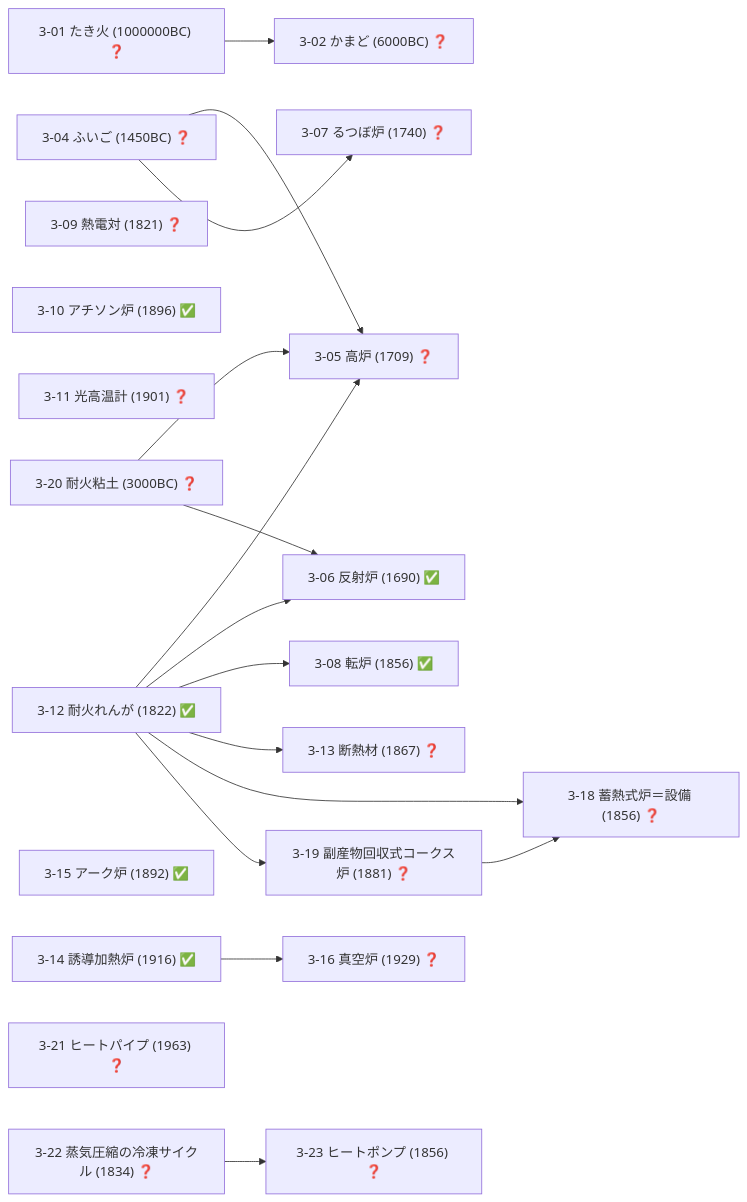
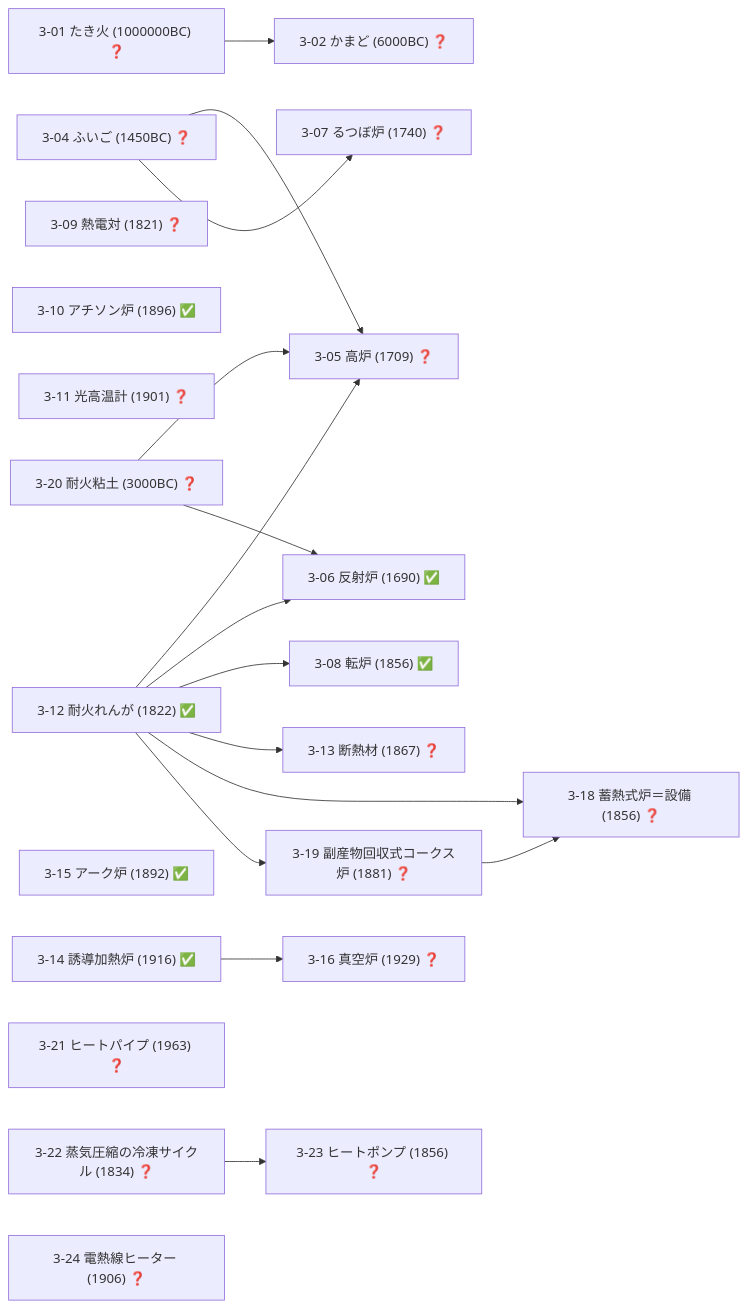
Before and after one commit to taku3i0317-collab/semiconductor-lab: the sixth of 19 diagrams in docs/TECH_TREE_VIEW.md, drawn with Mermaid. The commit also changed other lines of this file and 16 other files, not shown here.

````diff
--- a/docs/TECH_TREE_VIEW.md
+++ b/docs/TECH_TREE_VIEW.md
@@ -322,38 +322,39 @@
 ```mermaid
 graph LR
   n3_01["3-01 たき火 (1000000BC) ❓"]
   n3_02["3-02 かまど (6000BC) ❓"]
   n3_04["3-04 ふいご (1450BC) ❓"]
   n3_05["3-05 高炉 (1709) ❓"]
   n3_06["3-06 反射炉 (1690) ✅"]
   n3_07["3-07 るつぼ炉 (1740) ❓"]
   n3_08["3-08 転炉 (1856) ✅"]
   n3_09["3-09 熱電対 (1821) ❓"]
   n3_10["3-10 アチソン炉 (1896) ✅"]
   n3_11["3-11 光高温計 (1901) ❓"]
   n3_12["3-12 耐火れんが (1822) ✅"]
   n3_13["3-13 断熱材 (1867) ❓"]
   n3_14["3-14 誘導加熱炉 (1916) ✅"]
   n3_15["3-15 アーク炉 (1892) ✅"]
   n3_16["3-16 真空炉 (1929) ❓"]
   n3_18["3-18 蓄熱式炉＝設備 (1856) ❓"]
   n3_19["3-19 副産物回収式コークス炉 (1881) ❓"]
   n3_20["3-20 耐火粘土 (3000BC) ❓"]
   n3_21["3-21 ヒートパイプ (1963) ❓"]
   n3_22["3-22 蒸気圧縮の冷凍サイクル (1834) ❓"]
   n3_23["3-23 ヒートポンプ (1856) ❓"]
+  n3_24["3-24 電熱線ヒーター (1906) ❓"]
   n3_01-->n3_02
   n3_04-->n3_05
   n3_12-->n3_05
   n3_20-->n3_05
   n3_12-->n3_06
   n3_20-->n3_06
   n3_04-->n3_07
   n3_12-->n3_08
   n3_12-->n3_13
   n3_14-->n3_16
   n3_12-->n3_18
   n3_19-->n3_18
   n3_12-->n3_19
   n3_22-->n3_23
 ```
````
